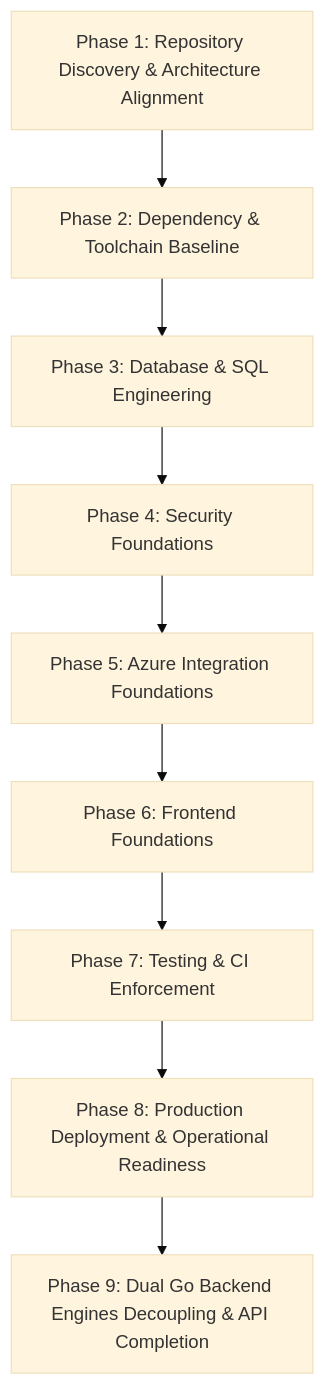
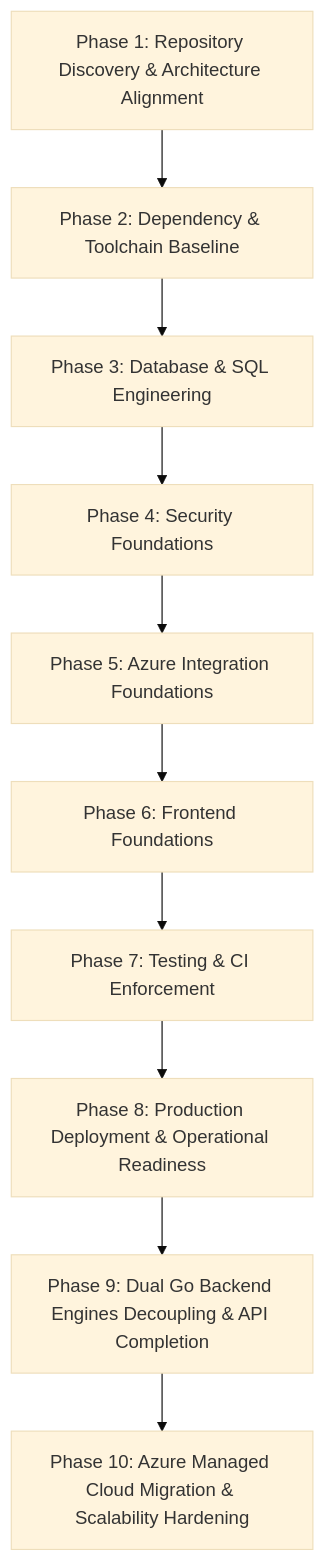
Before and after one commit to HACKWAYS-OTA/hackways: the diagram in docs/plans/MASTER_PLAN.md, drawn with Mermaid (base theme). The commit also changed other lines of this file and 12 other files, not shown here.

Commit message:
feat(phase10): align architecture and production deployment with Azure Managed Cloud Services

````diff
--- a/docs/plans/MASTER_PLAN.md
+++ b/docs/plans/MASTER_PLAN.md
@@ -13,21 +13,23 @@
 ```mermaid
 flowchart TD
     P1["Phase 1: Repository Discovery & Architecture Alignment"]
     P2["Phase 2: Dependency & Toolchain Baseline"]
     P3["Phase 3: Database & SQL Engineering"]
     P4["Phase 4: Security Foundations"]
     P5["Phase 5: Azure Integration Foundations"]
     P6["Phase 6: Frontend Foundations"]
     P7["Phase 7: Testing & CI Enforcement"]
     P8["Phase 8: Production Deployment & Operational Readiness"]
     P9["Phase 9: Dual Go Backend Engines Decoupling & API Completion"]
+    P10["Phase 10: Azure Managed Cloud Migration & Scalability Hardening"]
 
     P1 --> P2
     P2 --> P3
     P3 --> P4
     P4 --> P5
     P5 --> P6
     P6 --> P7
     P7 --> P8
     P8 --> P9
+    P9 --> P10
 ```
````
